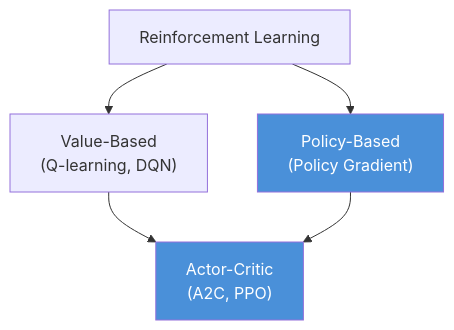
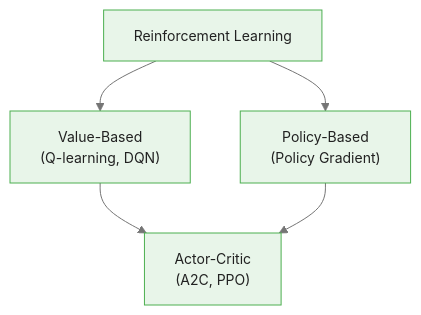
One commit to m-deane/course-creator changed the first of 3 diagrams in courses/reinforcement-learning/modules/module_06_policy_gradient/guides/01_policy_gradient_theorem_slides.md. Above: the diagram before and after it, drawn with Mermaid. The commit also changed other lines of this file and 131 other files, not shown here.

````diff
--- a/courses/reinforcement-learning/modules/module_06_policy_gradient/guides/01_policy_gradient_theorem_slides.md
+++ b/courses/reinforcement-learning/modules/module_06_policy_gradient/guides/01_policy_gradient_theorem_slides.md
@@ -28,15 +30,14 @@
 ```mermaid
+%%{init: {"theme": "base", "themeVariables": {"primaryColor": "#e8f5e9", "primaryBorderColor": "#4caf50", "primaryTextColor": "#212121", "secondaryColor": "#e3f2fd", "tertiaryColor": "#fff8e1", "lineColor": "#757575", "fontFamily": "Inter, sans-serif", "fontSize": "14px"}}}%%
 graph TD
     RL["Reinforcement Learning"]
     VB["Value-Based\n(Q-learning, DQN)"]
     PB["Policy-Based\n(Policy Gradient)"]
     AC["Actor-Critic\n(A2C, PPO)"]
 
     RL --> VB
     RL --> PB
     VB --> AC
     PB --> AC
 
-    style PB fill:#4A90D9,color:#fff
-    style AC fill:#4A90D9,color:#fff
 ```
````
